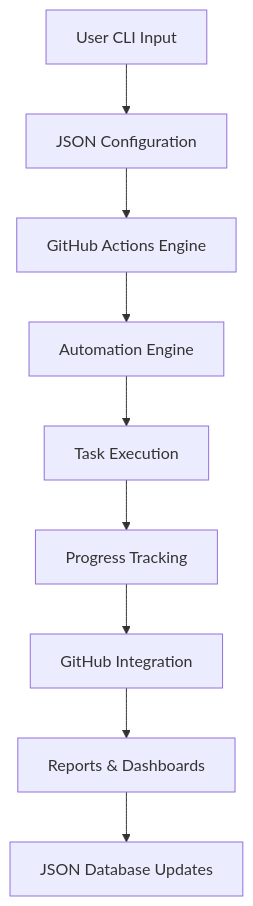
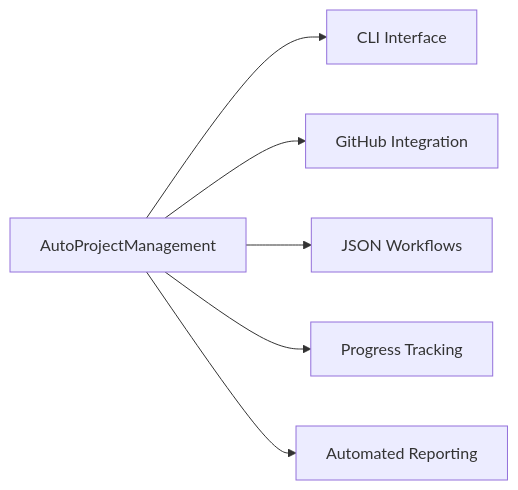
The second of 4 diagrams in README.md (Shakour-Data/AutoProjectManagement), drawn with Mermaid before and after one commit. The commit also changed other lines of this file, not shown here.

Commit message:
`Updated README.md with changes to project description, architecture diagrams, and installation instructions`

````diff
--- a/README.md
+++ b/README.md
@@ -184,11 +35,8 @@
 ```mermaid
-graph TD
-    A[User CLI Input] --> B[JSON Configuration]
-    B --> C[GitHub Actions Engine]
-    C --> D[Automation Engine]
-    D --> E[Task Execution]
-    E --> F[Progress Tracking]
-    F --> G[GitHub Integration]
-    G --> H[Reports & Dashboards]
-    H --> I[JSON Database Updates]
+graph LR
+    A[AutoProjectManagement] --> B[CLI Interface]
+    A --> C[GitHub Integration]
+    A --> D[JSON Workflows]
+    A --> E[Progress Tracking]
+    A --> F[Automated Reporting]
 ```
````
